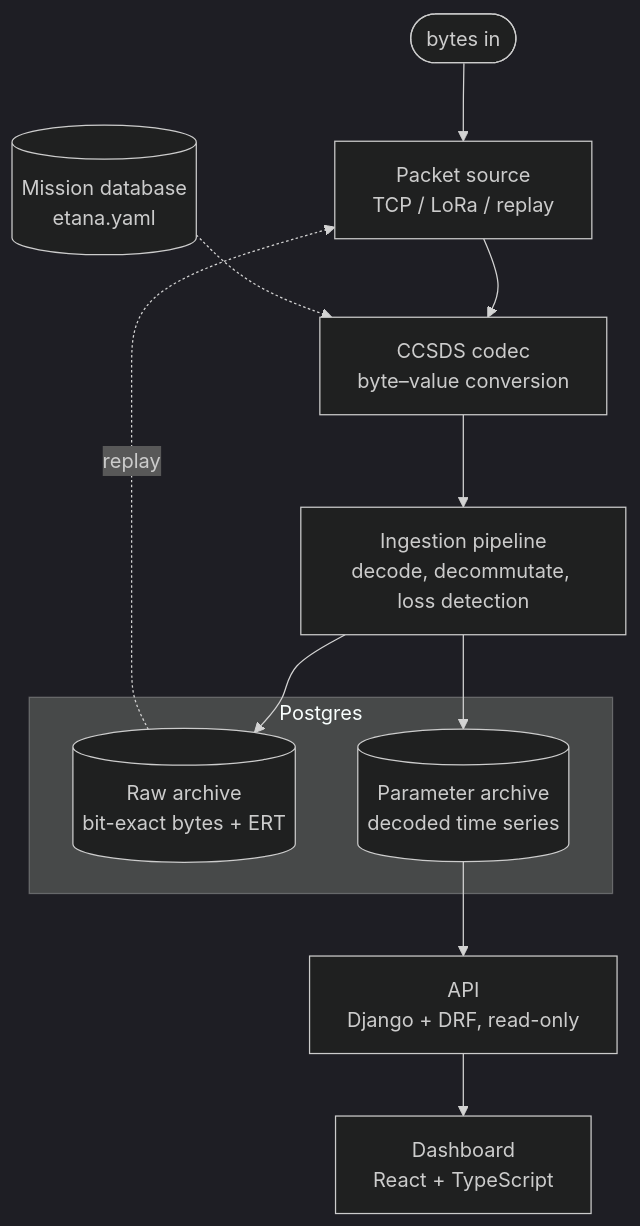
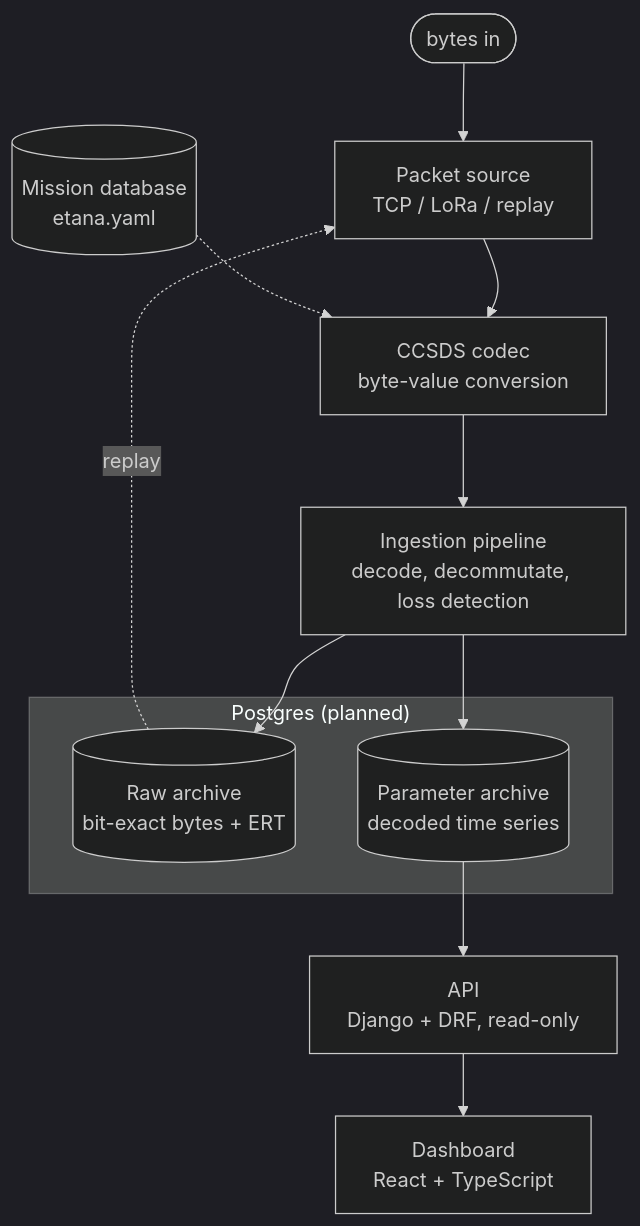
Before and after one commit to Ogmar/etana: the diagram in ground-segment/README.md, drawn with Mermaid (dark theme). The commit also changed other lines of this file and 4 other files, not shown here.

````diff
--- a/ground-segment/README.md
+++ b/ground-segment/README.md
@@ -10,17 +12,17 @@
 ```mermaid
 flowchart TD
     BYTES(["bytes in"]) --> SRC["Packet source<br/>TCP / LoRa / replay"]
-    SRC --> CODEC["CCSDS codec<br/>byte–value conversion"]
+    SRC --> CODEC["CCSDS codec<br/>byte-value conversion"]
     MDB[("Mission database<br/>etana.yaml")] -.-> CODEC
     CODEC --> PIPE["Ingestion pipeline<br/>decode, decommutate, loss detection"]
     PIPE --> RAW[("Raw archive<br/>bit-exact bytes + ERT")]
     PIPE --> PARAM[("Parameter archive<br/>decoded time series")]
     RAW -.->|"replay"| SRC
     PARAM --> API["API<br/>Django + DRF, read-only"]
     API --> DASH["Dashboard<br/>React + TypeScript"]
 
-    subgraph postgres["Postgres"]
+    subgraph postgres["Postgres (planned)"]
         RAW
         PARAM
     end
 ```
````
